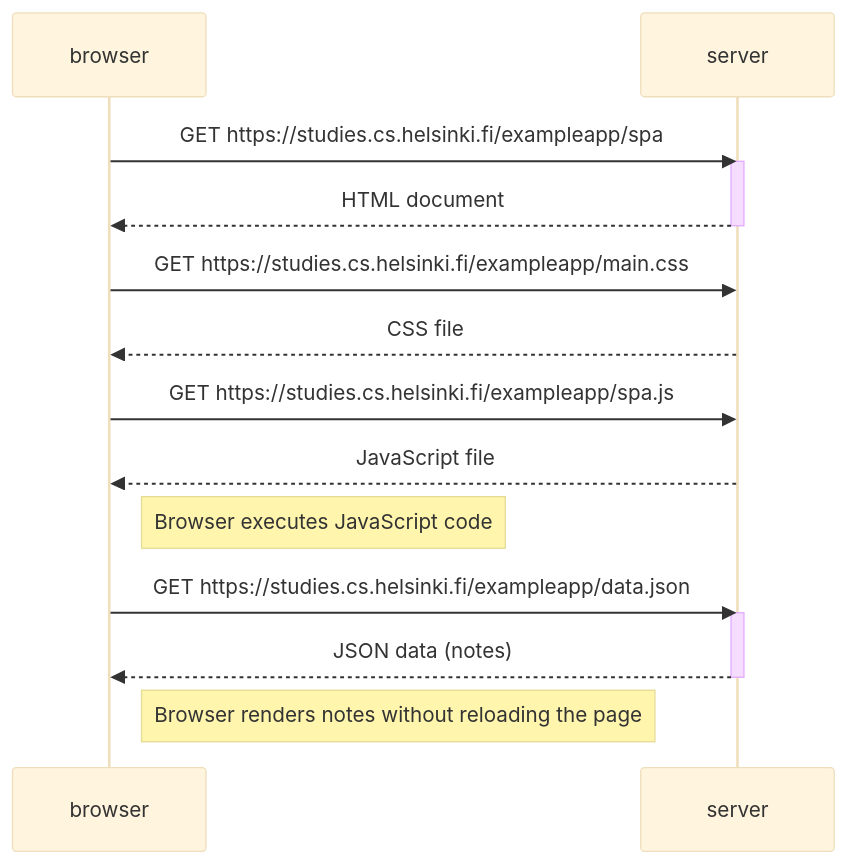
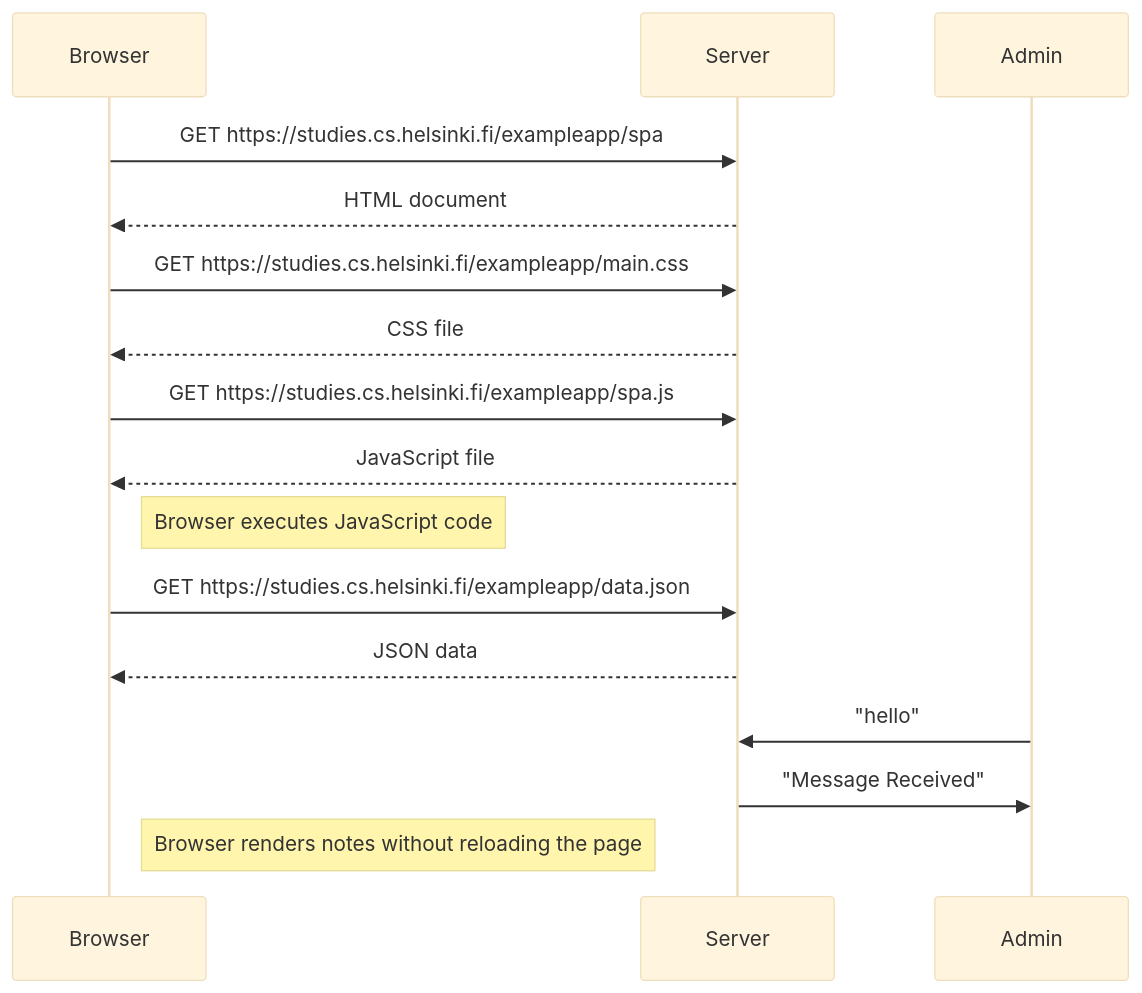
Before and after one commit to Rehanscoder12/fullstackcourse: the diagram in ex05.md, drawn with Mermaid (base theme). The commit also changed other lines of this file, not shown here.

````diff
--- a/ex05.md
+++ b/ex05.md
@@ -1,25 +1,25 @@
 ```mermaid
 sequenceDiagram
-    participant browser
-    participant server
+    participant Browser
+    participant Server
+    participant Admin
 
-    browser->>server: GET https://studies.cs.helsinki.fi/exampleapp/spa
-    activate server
-    server-->>browser: HTML document
-    deactivate server
+    Browser->>Server: GET https://studies.cs.helsinki.fi/exampleapp/spa
+    Server-->>Browser: HTML document
 
-    browser->>server: GET https://studies.cs.helsinki.fi/exampleapp/main.css
-    server-->>browser: CSS file
+    Browser->>Server: GET https://studies.cs.helsinki.fi/exampleapp/main.css
+    Server-->>Browser: CSS file
 
-    browser->>server: GET https://studies.cs.helsinki.fi/exampleapp/spa.js
-    server-->>browser: JavaScript file
+    Browser->>Server: GET https://studies.cs.helsinki.fi/exampleapp/spa.js
+    Server-->>Browser: JavaScript file
 
-    Note right of browser: Browser executes JavaScript code
+    Note right of Browser: Browser executes JavaScript code
 
-    browser->>server: GET https://studies.cs.helsinki.fi/exampleapp/data.json
-    activate server
-    server-->>browser: JSON data (notes)
-    deactivate server
+    Browser->>Server: GET https://studies.cs.helsinki.fi/exampleapp/data.json
+    Server-->>Browser: JSON data
 
-    Note right of browser: Browser renders notes without reloading the page
+    Admin->>Server: "hello"
+    Server->>Admin: "Message Received"
+
+    Note right of Browser: Browser renders notes without reloading the page
 ```
````
